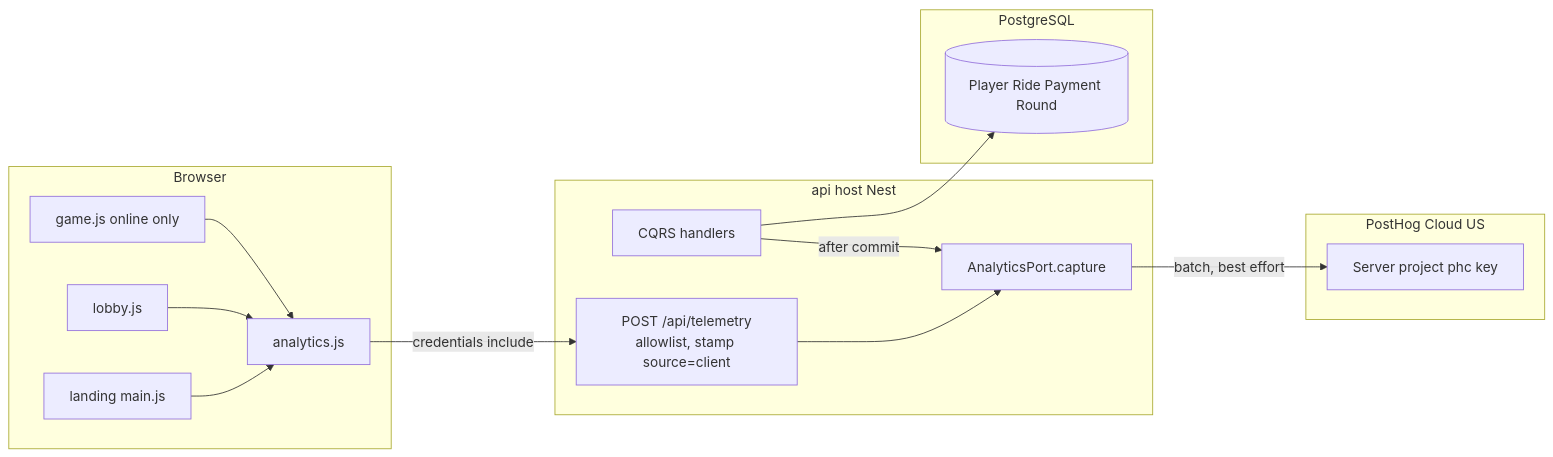
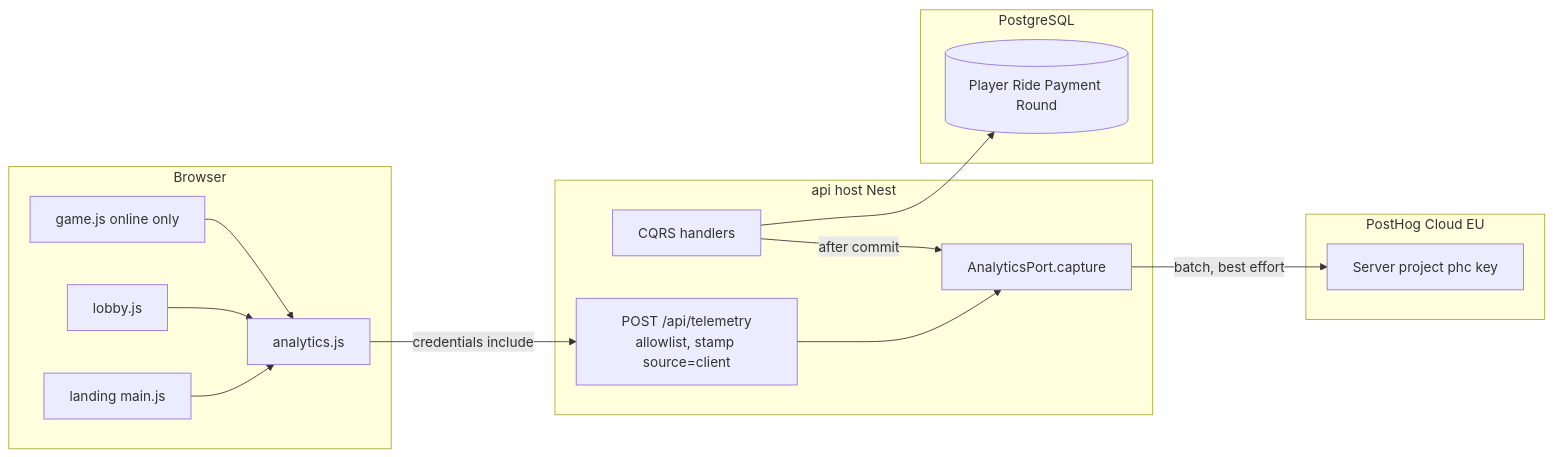
One commit to recferret-bit/freightchain changed the first of 2 diagrams in docs/posthog-integration.md. Above: the diagram before and after it, drawn with Mermaid. The commit also changed other lines of this file and 18 other files, not shown here.

````diff
--- a/docs/posthog-integration.md
+++ b/docs/posthog-integration.md
@@ -107,28 +107,28 @@
 ```mermaid
 flowchart LR
   subgraph browser [Browser]
     L[landing main.js]
     B[lobby.js]
     G[game.js online only]
     A[analytics.js]
   end
   subgraph api [api host Nest]
     T["POST /api/telemetry<br/>allowlist, stamp source=client"]
     H[CQRS handlers]
     P[AnalyticsPort.capture]
   end
   subgraph db [PostgreSQL]
     Rows[(Player Ride Payment Round)]
   end
-  subgraph ph [PostHog Cloud US]
+  subgraph ph [PostHog Cloud EU]
     Proj[Server project phc key]
   end
   L --> A
   B --> A
   G --> A
   A -->|"credentials include"| T
   T --> P
   H -->|"after commit"| P
   H --> Rows
   P -->|"batch, best effort"| Proj
 ```
````
